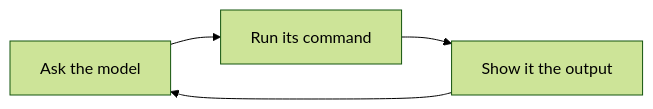
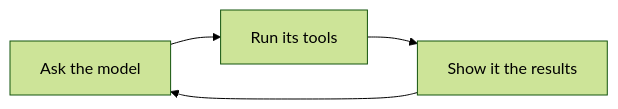
Before and after one commit to Rayjk123/Keel: the diagram in docs/destinations/one-file-agent/how-it-works/index.md, drawn with Mermaid (forest theme). The commit also changed other lines of this file and 907 other files, not shown here.

````diff
--- a/docs/destinations/one-file-agent/how-it-works/index.md
+++ b/docs/destinations/one-file-agent/how-it-works/index.md
@@ -5,6 +5,6 @@
 ```mermaid
 flowchart LR
-    A[Ask the model] --> B[Run its command]
-    B --> C[Show it the output]
+    A[Ask the model] --> B[Run its tools]
+    B --> C[Show it the results]
     C --> A
 ```
````
